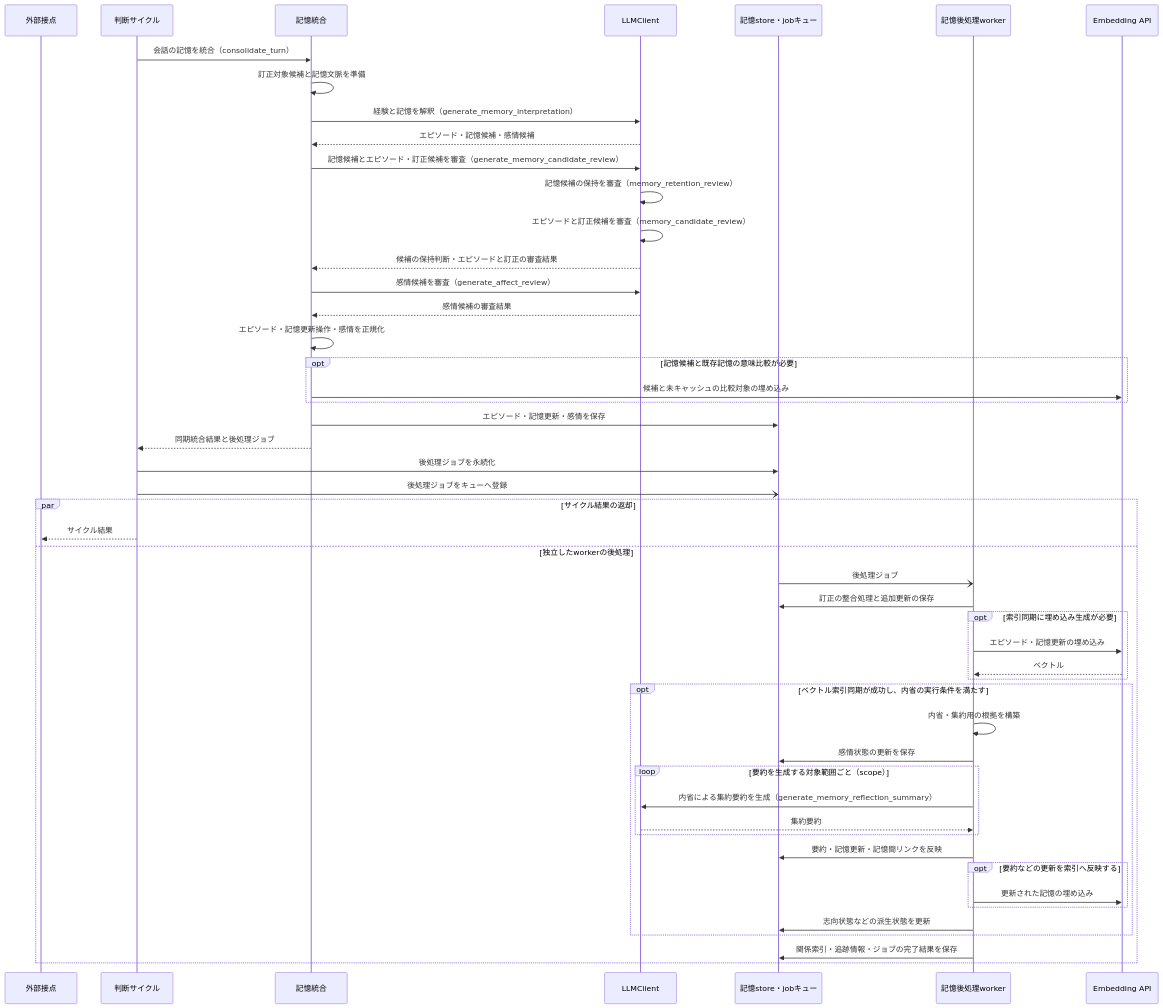
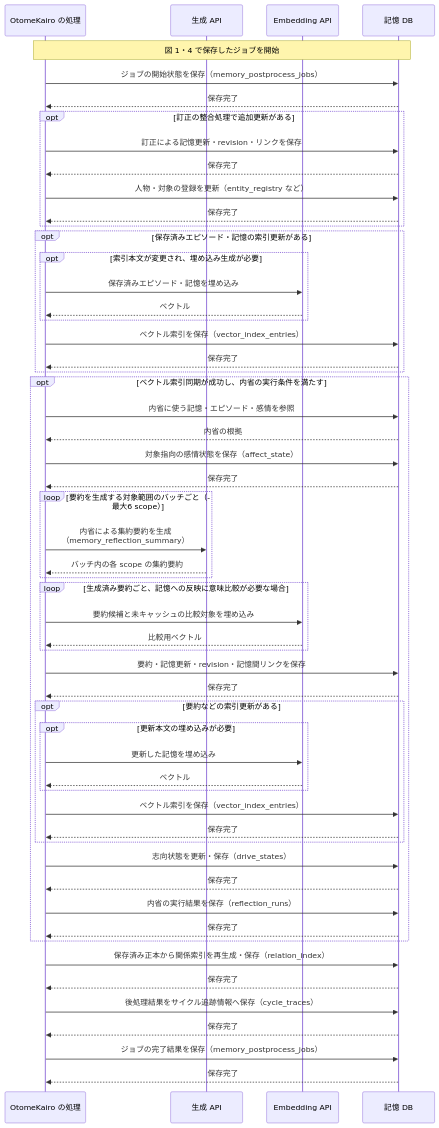
Before and after one commit to hirona98/OtomeKairo: the fifth of 7 diagrams in docs/design/llm/LLM呼び出しシーケンス.md, drawn with Mermaid. The commit also changed other lines of this file and 2 other files, not shown here.

Commit message:
シーケンス図修正

````diff
--- a/docs/design/llm/LLM呼び出しシーケンス.md
+++ b/docs/design/llm/LLM呼び出しシーケンス.md
@@ -342,53 +423,59 @@
 ```mermaid
 sequenceDiagram
-    participant U as 外部接点
-    participant C as 判断サイクル
-    participant M as 記憶統合
-    participant L as LLMClient
-    participant S as 記憶store・jobキュー
-    participant W as 記憶後処理worker
+    participant C as OtomeKairo の処理
+    participant L as 生成 API
     participant E as Embedding API
+    participant D as 記憶 DB
 
-    C->>M: 会話の記憶を統合（consolidate_turn）
-    M->>M: 訂正対象候補と記憶文脈を準備
-    M->>L: 経験と記憶を解釈（generate_memory_interpretation）
-    L-->>M: エピソード・記憶候補・感情候補
-    M->>L: 記憶候補とエピソード・訂正候補を審査（generate_memory_candidate_review）
-    L->>L: 記憶候補の保持を審査（memory_retention_review）
-    L->>L: エピソードと訂正候補を審査（memory_candidate_review）
-    L-->>M: 候補の保持判断・エピソードと訂正の審査結果
-    M->>L: 感情候補を審査（generate_affect_review）
-    L-->>M: 感情候補の審査結果
-    M->>M: エピソード・記憶更新操作・感情を正規化
-    opt 記憶候補と既存記憶の意味比較が必要
-        M->>E: 候補と未キャッシュの比較対象の埋め込み
+    Note over C,D: 図 1・4 で保存したジョブを開始
+    C->>D: ジョブの開始状態を保存（memory_postprocess_jobs）
+    D-->>C: 保存完了
+    opt 訂正の整合処理で追加更新がある
+        C->>D: 訂正による記憶更新・revision・リンクを保存
+        D-->>C: 保存完了
+        C->>D: 人物・対象の登録を更新（entity_registry など）
+        D-->>C: 保存完了
     end
-    M->>S: エピソード・記憶更新・感情を保存
-    M-->>C: 同期統合結果と後処理ジョブ
-    C->>S: 後処理ジョブを永続化
-    C-)S: 後処理ジョブをキューへ登録
-    par サイクル結果の返却
-        C-->>U: サイクル結果
-    and 独立したworkerの後処理
-        S-)W: 後処理ジョブ
-        W->>S: 訂正の整合処理と追加更新の保存
-        opt 索引同期に埋め込み生成が必要
-            W->>E: エピソード・記憶更新の埋め込み
-            E-->>W: ベクトル
+    opt 保存済みエピソード・記憶の索引更新がある
+        opt 索引本文が変更され、埋め込み生成が必要
+            C->>E: 保存済みエピソード・記憶を埋め込み
+            E-->>C: ベクトル
         end
-        opt ベクトル索引同期が成功し、内省の実行条件を満たす
-            W->>W: 内省・集約用の根拠を構築
-            W->>S: 感情状態の更新を保存
-            loop 要約を生成する対象範囲ごと（scope）
-                W->>L: 内省による集約要約を生成（generate_memory_reflection_summary）
-                L-->>W: 集約要約
+        C->>D: ベクトル索引を保存（vector_index_entries）
+        D-->>C: 保存完了
+    end
+    opt ベクトル索引同期が成功し、内省の実行条件を満たす
+        C->>D: 内省に使う記憶・エピソード・感情を参照
+        D-->>C: 内省の根拠
+        C->>D: 対象指向の感情状態を保存（affect_state）
+        D-->>C: 保存完了
+        loop 要約を生成する対象範囲のバッチごと（最大6 scope）
+            C->>L: 内省による集約要約を生成<br>（memory_reflection_summary）
+            L-->>C: バッチ内の各 scope の集約要約
+        end
+        loop 生成済み要約ごと、記憶への反映に意味比較が必要な場合
+            C->>E: 要約候補と未キャッシュの比較対象を埋め込み
+            E-->>C: 比較用ベクトル
+        end
+        C->>D: 要約・記憶更新・revision・記憶間リンクを保存
+        D-->>C: 保存完了
+        opt 要約などの索引更新がある
+            opt 更新本文の埋め込みが必要
+                C->>E: 更新した記憶を埋め込み
+                E-->>C: ベクトル
             end
-            W->>S: 要約・記憶更新・記憶間リンクを反映
-            opt 要約などの更新を索引へ反映する
-                W->>E: 更新された記憶の埋め込み
-            end
-            W->>S: 志向状態などの派生状態を更新
+            C->>D: ベクトル索引を保存（vector_index_entries）
+            D-->>C: 保存完了
         end
-        W->>S: 関係索引・追跡情報・ジョブの完了結果を保存
+        C->>D: 志向状態を更新・保存（drive_states）
+        D-->>C: 保存完了
+        C->>D: 内省の実行結果を保存（reflection_runs）
+        D-->>C: 保存完了
     end
+    C->>D: 保存済み正本から関係索引を再生成・保存（relation_index）
+    D-->>C: 保存完了
+    C->>D: 後処理結果をサイクル追跡情報へ保存（cycle_traces）
+    D-->>C: 保存完了
+    C->>D: ジョブの完了結果を保存（memory_postprocess_jobs）
+    D-->>C: 保存完了
 ```
````
